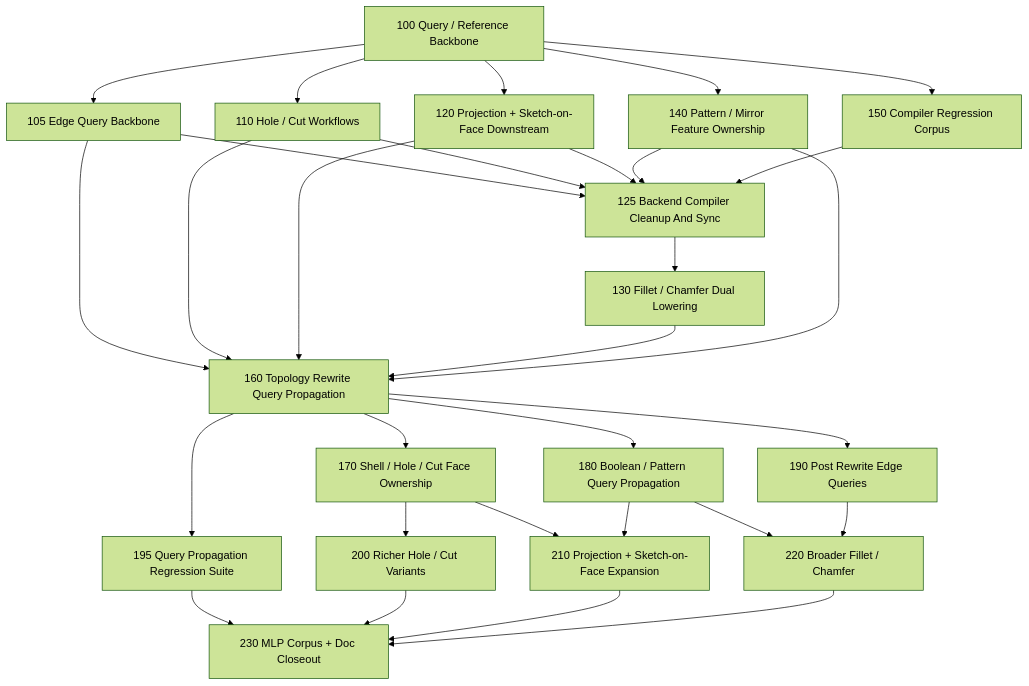
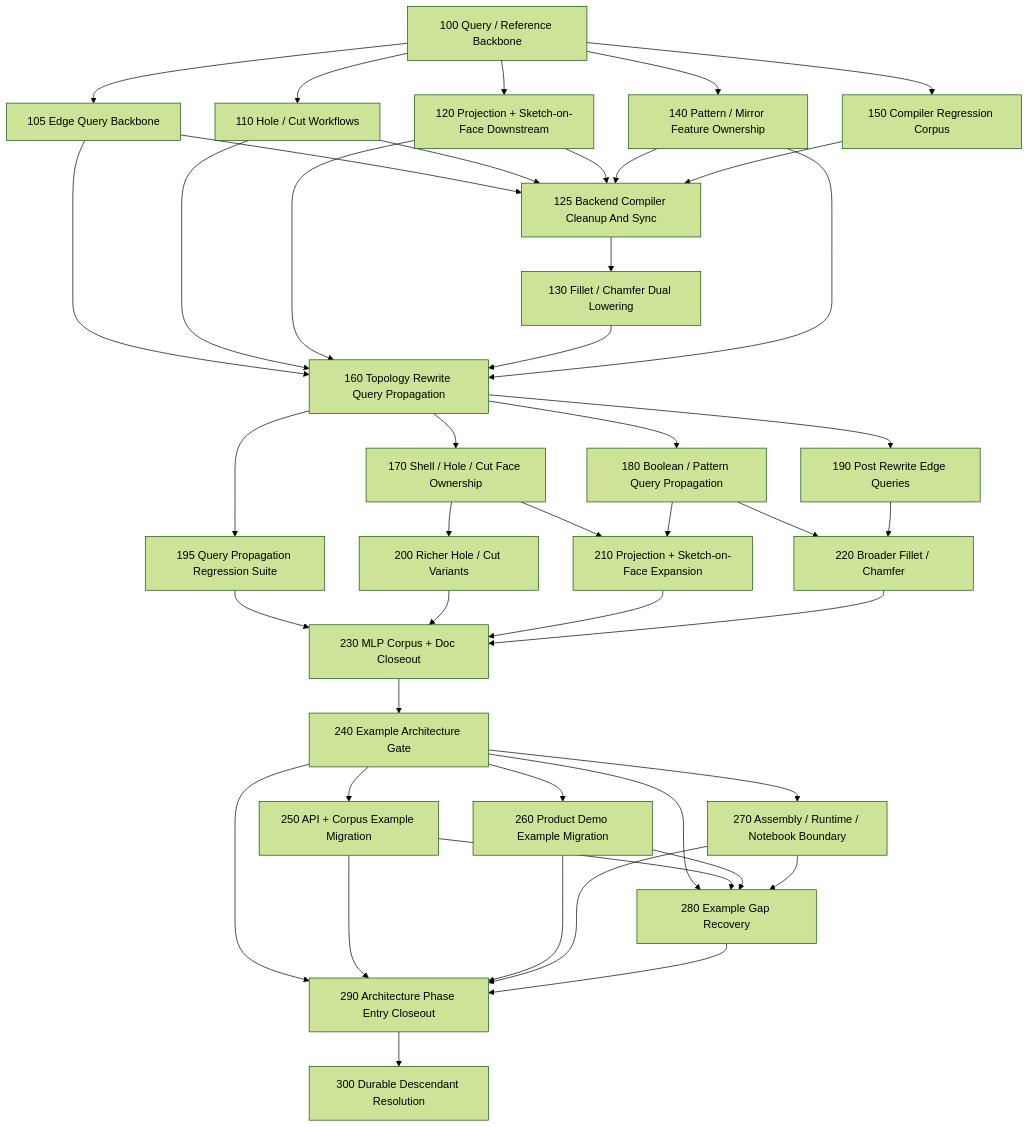
Before and after one commit to KoStard/forgecad-public-kit: the first of 2 diagrams in docs/temporary/projects/2026/03/backend-compiler-program/task-graph.md, drawn with Mermaid (forest theme). The commit also changed other lines of this file and 1 other file, not shown here.

Commit message:
docs: update compiler program phase tracking

````diff
--- a/docs/temporary/projects/2026/03/backend-compiler-program/task-graph.md
+++ b/docs/temporary/projects/2026/03/backend-compiler-program/task-graph.md
@@ -49,50 +59,71 @@
 ```mermaid
 graph TD
   T100["100 Query / Reference Backbone"]
   T105["105 Edge Query Backbone"]
   T110["110 Hole / Cut Workflows"]
   T120["120 Projection + Sketch-on-Face Downstream"]
   T125["125 Backend Compiler Cleanup And Sync"]
   T130["130 Fillet / Chamfer Dual Lowering"]
   T140["140 Pattern / Mirror Feature Ownership"]
   T150["150 Compiler Regression Corpus"]
   T160["160 Topology Rewrite Query Propagation"]
   T170["170 Shell / Hole / Cut Face Ownership"]
   T180["180 Boolean / Pattern Query Propagation"]
   T190["190 Post Rewrite Edge Queries"]
   T195["195 Query Propagation Regression Suite"]
   T200["200 Richer Hole / Cut Variants"]
   T210["210 Projection + Sketch-on-Face Expansion"]
   T220["220 Broader Fillet / Chamfer"]
   T230["230 MLP Corpus + Doc Closeout"]
+  T240["240 Example Architecture Gate"]
+  T250["250 API + Corpus Example Migration"]
+  T260["260 Product Demo Example Migration"]
+  T270["270 Assembly / Runtime / Notebook Boundary"]
+  T280["280 Example Gap Recovery"]
+  T290["290 Architecture Phase Entry Closeout"]
+  T300["300 Durable Descendant Resolution"]
 
   T100 --> T105
   T100 --> T110
   T100 --> T120
   T100 --> T140
   T100 --> T150
   T105 --> T125
   T110 --> T125
   T120 --> T125
   T140 --> T125
   T150 --> T125
   T125 --> T130
   T105 --> T160
   T110 --> T160
   T120 --> T160
   T130 --> T160
   T140 --> T160
   T160 --> T170
   T160 --> T180
   T160 --> T190
   T160 --> T195
   T170 --> T200
   T170 --> T210
   T180 --> T210
   T180 --> T220
   T190 --> T220
   T195 --> T230
   T200 --> T230
   T210 --> T230
   T220 --> T230
+  T230 --> T240
+  T240 --> T250
+  T240 --> T260
+  T240 --> T270
+  T240 --> T280
+  T240 --> T290
+  T250 --> T280
+  T250 --> T290
+  T260 --> T280
+  T260 --> T290
+  T270 --> T280
+  T270 --> T290
+  T280 --> T290
+  T290 --> T300
 ```
````
